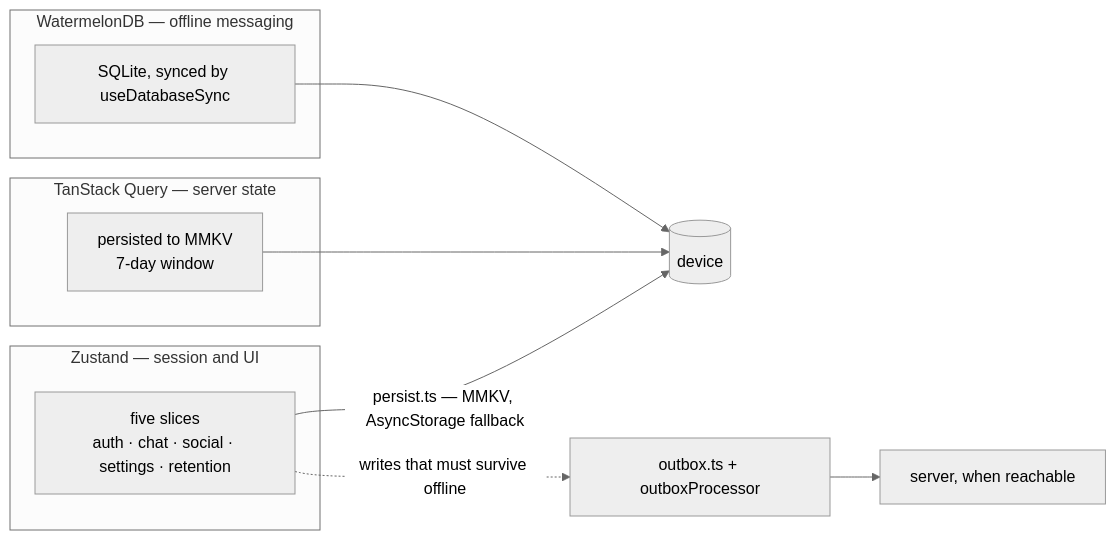
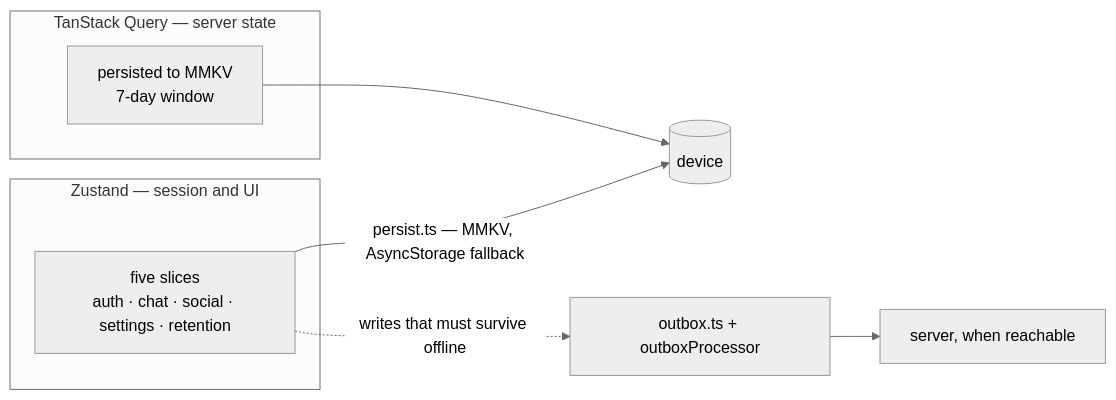
The seventh of 7 diagrams in README.md (Ak2556/echo-mobile), drawn with Mermaid (neutral theme) before and after one commit. The commit also changed other lines of this file and 13 other files, not shown here.

````diff
--- a/README.md
+++ b/README.md
@@ -393,18 +398,14 @@
 ```mermaid
 flowchart LR
     subgraph L1["Zustand — session and UI"]
         Z["five slices<br/>auth · chat · social · settings · retention"]
     end
     subgraph L2["TanStack Query — server state"]
         Q["persisted to MMKV<br/>7-day window"]
     end
-    subgraph L3["WatermelonDB — offline messaging"]
-        W["SQLite, synced by useDatabaseSync"]
-    end
 
     Z -->|"persist.ts — MMKV, AsyncStorage fallback"| DISK[("device")]
     Q --> DISK
-    W --> DISK
     OUT["outbox.ts + outboxProcessor"] --> NET["server, when reachable"]
     Z -.->|"writes that must survive offline"| OUT
 ```
````
